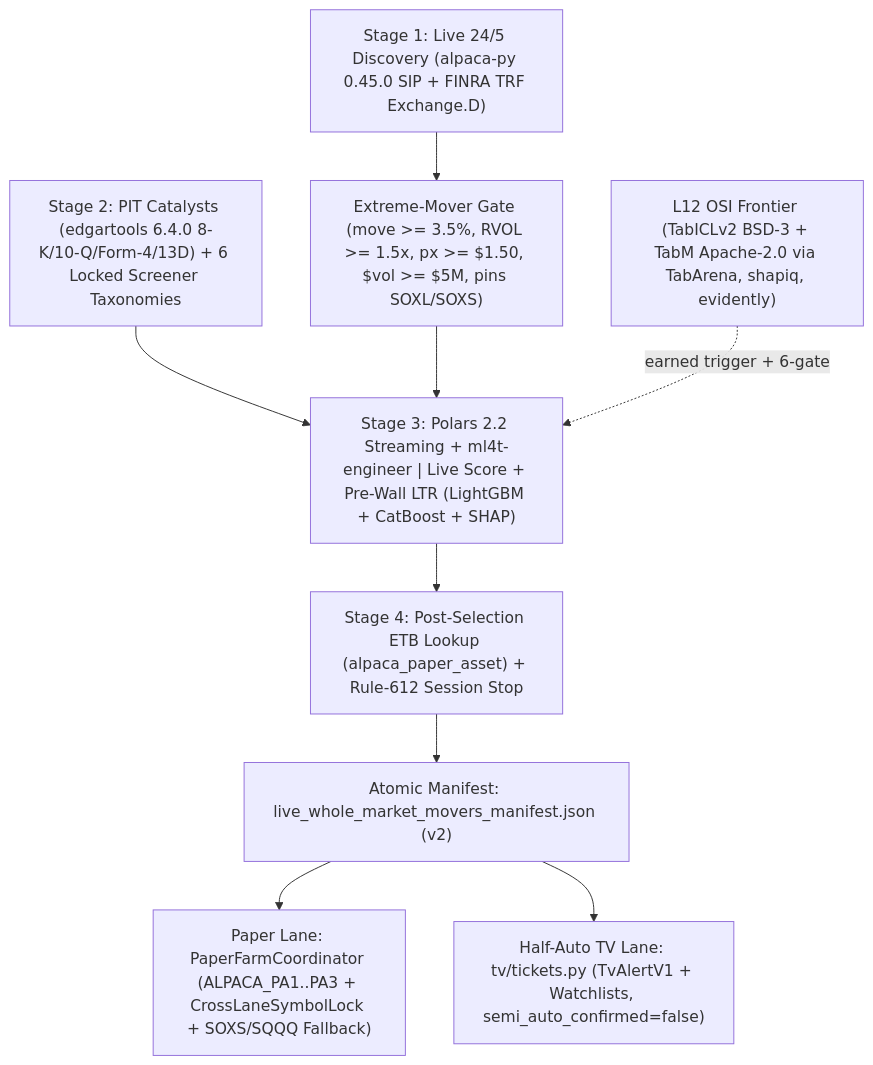
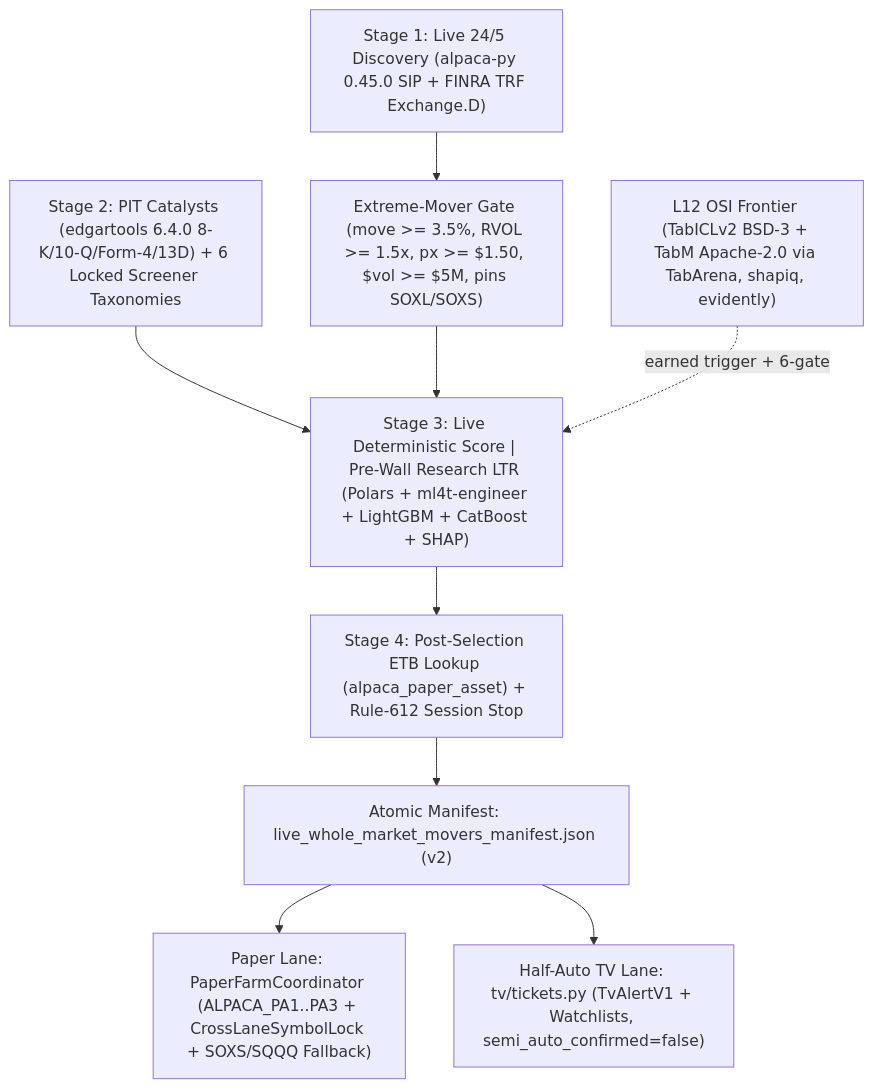
One commit to seathatflowsinourveins/noesis changed the diagram in docs/adr/ADR-0014.md. Above: the diagram before and after it, drawn with Mermaid. The commit also changed other lines of this file and 51 other files, not shown here.

````diff
--- a/docs/adr/ADR-0014.md
+++ b/docs/adr/ADR-0014.md
@@ -32,11 +78,11 @@
 ```mermaid
 flowchart TD
     S1["Stage 1: Live 24/5 Discovery (alpaca-py 0.45.0 SIP + FINRA TRF Exchange.D)"] --> G1["Extreme-Mover Gate (move >= 3.5%, RVOL >= 1.5x, px >= $1.50, $vol >= $5M, pins SOXL/SOXS)"]
     C1["Stage 2: PIT Catalysts (edgartools 6.4.0 8-K/10-Q/Form-4/13D) + 6 Locked Screener Taxonomies"] --> R1
-    G1 --> R1["Stage 3: Polars 2.2 Streaming + ml4t-engineer | Live Score + Pre-Wall LTR (LightGBM + CatBoost + SHAP)"]
+    G1 --> R1["Stage 3: Live Deterministic Score | Pre-Wall Research LTR (Polars + ml4t-engineer + LightGBM + CatBoost + SHAP)"]
     L12["L12 OSI Frontier (TabICLv2 BSD-3 + TabM Apache-2.0 via TabArena, shapiq, evidently)"] -. earned trigger + 6-gate .-> R1
     R1 --> B1["Stage 4: Post-Selection ETB Lookup (alpaca_paper_asset) + Rule-612 Session Stop"]
     B1 --> M1["Atomic Manifest: live_whole_market_movers_manifest.json (v2)"]
     M1 --> P1["Paper Lane: PaperFarmCoordinator (ALPACA_PA1..PA3 + CrossLaneSymbolLock + SOXS/SQQQ Fallback)"]
     M1 --> T1["Half-Auto TV Lane: tv/tickets.py (TvAlertV1 + Watchlists, semi_auto_confirmed=false)"]
 ```
````
